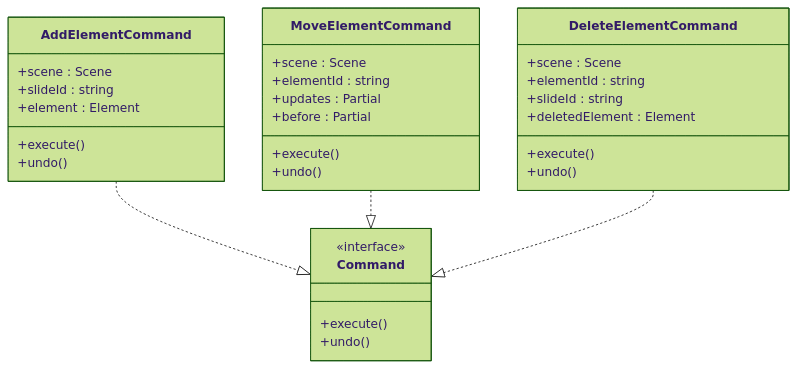
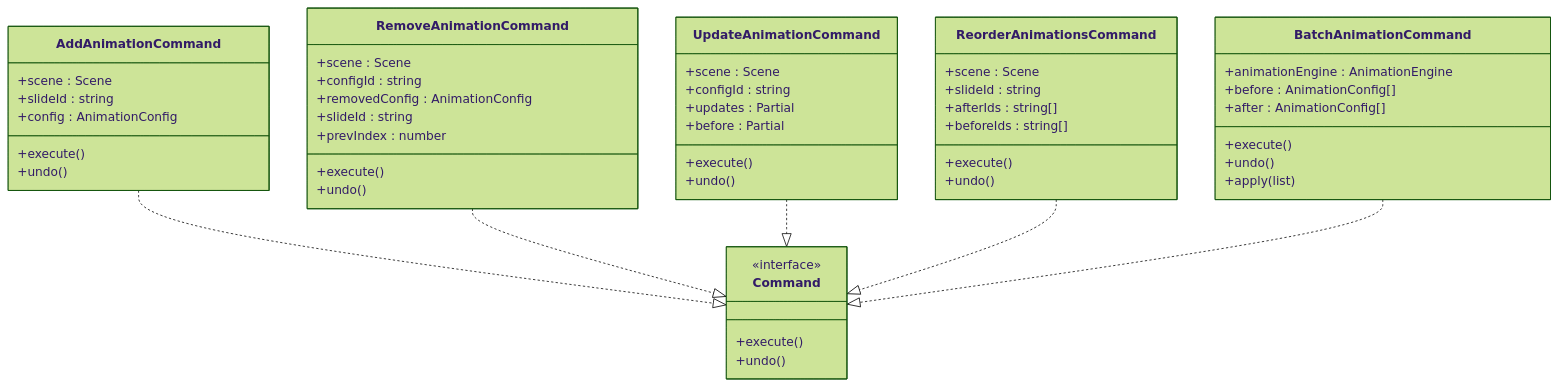
One commit to Anna0314zy/ai_editor_enginer changed the fifth of 15 diagrams in .qoder/repowiki/en/content/Core Engine System/Core Engine System.md. Above: the diagram before and after it, drawn with Mermaid (forest theme). The commit also changed other lines of this file and 10 other files, not shown here.

````diff
--- a/.qoder/repowiki/en/content/Core Engine System/Core Engine System.md
+++ b/.qoder/repowiki/en/content/Core Engine System/Core Engine System.md
@@ -306,34 +385,53 @@
 ```mermaid
 classDiagram
 class Command {
 <<interface>>
 +execute()
 +undo()
 }
-class AddElementCommand {
+class AddAnimationCommand {
 +scene : Scene
 +slideId : string
-+element : Element
++config : AnimationConfig
 +execute()
 +undo()
 }
-class MoveElementCommand {
+class RemoveAnimationCommand {
 +scene : Scene
-+elementId : string
++configId : string
++removedConfig : AnimationConfig
++slideId : string
++prevIndex : number
++execute()
++undo()
+}
+class UpdateAnimationCommand {
++scene : Scene
++configId : string
 +updates : Partial
 +before : Partial
 +execute()
 +undo()
 }
-class DeleteElementCommand {
+class ReorderAnimationsCommand {
 +scene : Scene
-+elementId : string
 +slideId : string
-+deletedElement : Element
++afterIds : string[]
++beforeIds : string[]
 +execute()
 +undo()
 }
-AddElementCommand ..|> Command
-MoveElementCommand ..|> Command
-DeleteElementCommand ..|> Command
+class BatchAnimationCommand {
++animationEngine : AnimationEngine
++before : AnimationConfig[]
++after : AnimationConfig[]
++execute()
++undo()
++apply(list)
+}
+AddAnimationCommand ..|> Command
+RemoveAnimationCommand ..|> Command
+UpdateAnimationCommand ..|> Command
+ReorderAnimationsCommand ..|> Command
+BatchAnimationCommand ..|> Command
 ```
````
